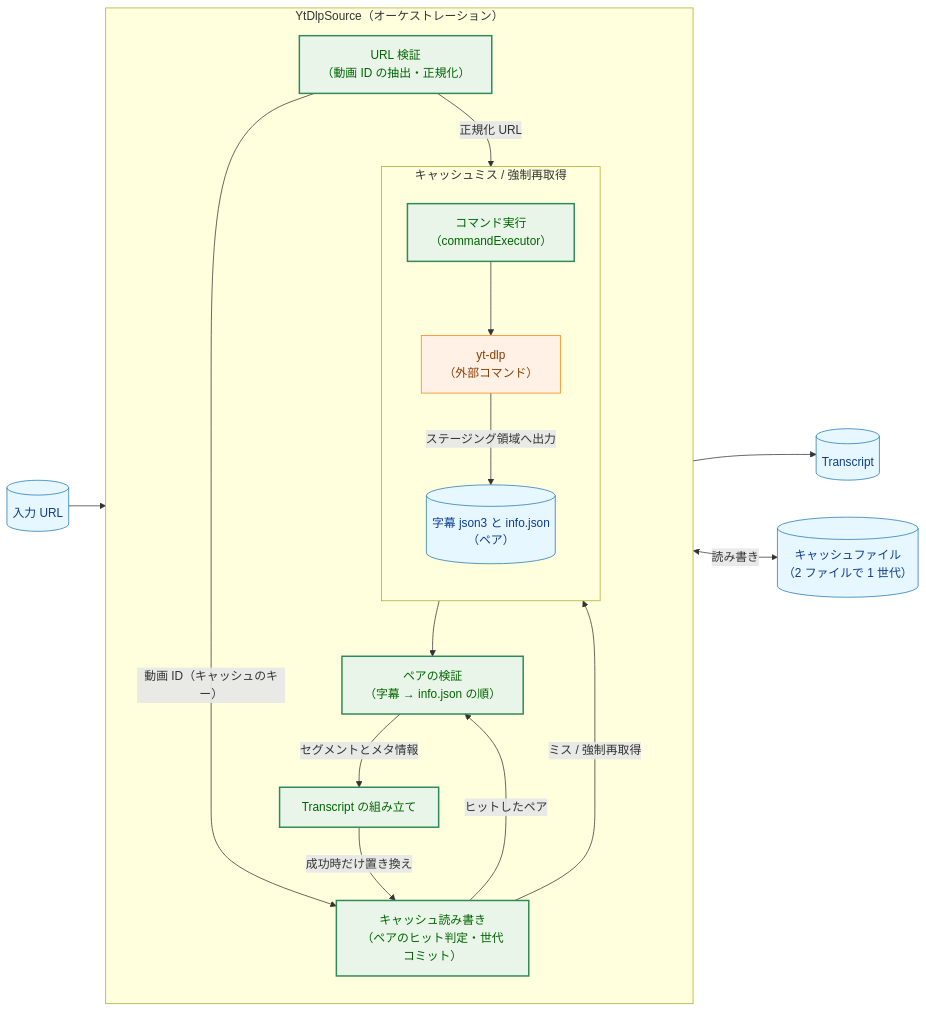
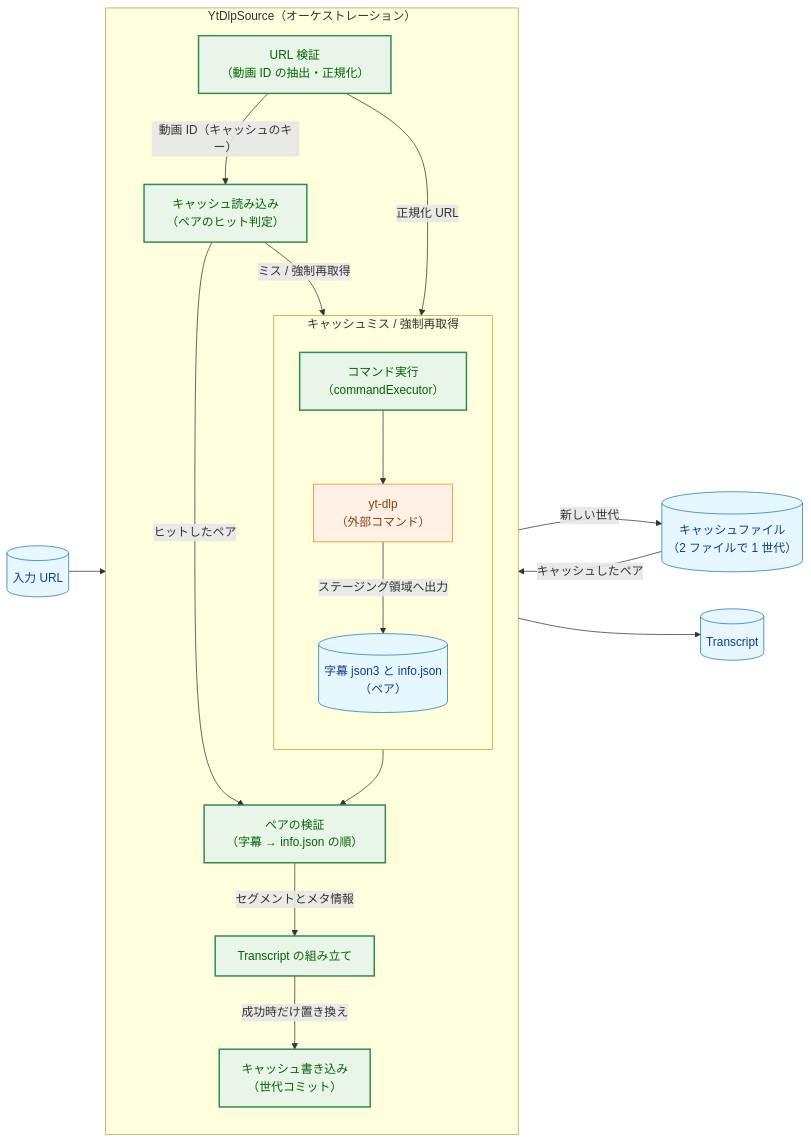
One commit to isseis/yt2column changed the first of 11 diagrams in docs/tasks/0002_ytdlp_transcript_source/02_architecture.md. Above: the diagram before and after it, drawn with Mermaid. The commit also changed other lines of this file, not shown here.

Commit message:
docs(0002): split cache read and write in figure 1
Separate the cache read (hit check and pair read at the start) from the
cache write (generation commit after a successful assembly) so the
processing arrows no longer re-enter the read step; the cache files
are read once at the start and replaced only on success.

````diff
--- a/docs/tasks/0002_ytdlp_transcript_source/02_architecture.md
+++ b/docs/tasks/0002_ytdlp_transcript_source/02_architecture.md
@@ -26,43 +26,45 @@
 ```mermaid
 flowchart LR
     classDef data fill:#e6f7ff,stroke:#1f77b4,stroke-width:1px,color:#0b3d91;
     classDef enhanced fill:#e8f5e8,stroke:#2e8b57,stroke-width:2px,color:#006400;
     classDef process fill:#fff1e6,stroke:#ff7f0e,stroke-width:1px,color:#8a3e00;
 
     URL[("入力 URL")]
 
     subgraph SRC["YtDlpSource（オーケストレーション）"]
         direction TB
         VID["URL 検証<br>（動画 ID の抽出・正規化）"]
-        CACHE["キャッシュ読み書き<br>（ペアのヒット判定・世代コミット）"]
+        READ["キャッシュ読み込み<br>（ペアのヒット判定）"]
         PARSE["ペアの検証<br>（字幕 → info.json の順）"]
         ASM["Transcript の組み立て"]
+        WRITE["キャッシュ書き込み<br>（世代コミット）"]
 
         subgraph MISS["キャッシュミス / 強制再取得"]
             direction TB
             RUN["コマンド実行<br>（commandExecutor）"]
             YTDLP["yt-dlp<br>（外部コマンド）"]
             PAIR[("字幕 json3 と info.json<br>（ペア）")]
             RUN --> YTDLP
             YTDLP -->|"ステージング領域へ出力"| PAIR
         end
     end
 
     CF[("キャッシュファイル<br>（2 ファイルで 1 世代）")]
     TC[("Transcript")]
 
     URL --> VID
-    VID -->|"動画 ID（キャッシュのキー）"| CACHE
+    VID -->|"動画 ID（キャッシュのキー）"| READ
     VID -->|"正規化 URL"| RUN
-    CACHE -->|"ヒットしたペア"| PARSE
-    CACHE -->|"ミス / 強制再取得"| RUN
+    CF -->|"キャッシュしたペア"| READ
+    READ -->|"ヒットしたペア"| PARSE
+    READ -->|"ミス / 強制再取得"| RUN
     PAIR --> PARSE
     PARSE -->|"セグメントとメタ情報"| ASM
-    ASM -->|"成功時だけ置き換え"| CACHE
+    ASM -->|"成功時だけ置き換え"| WRITE
+    WRITE -->|"新しい世代"| CF
     ASM --> TC
-    CACHE <-->|"読み書き"| CF
 
     class URL,PAIR,CF,TC data
-    class VID,CACHE,PARSE,ASM,RUN enhanced
+    class VID,READ,PARSE,ASM,WRITE,RUN enhanced
     class YTDLP process
 ```
````
